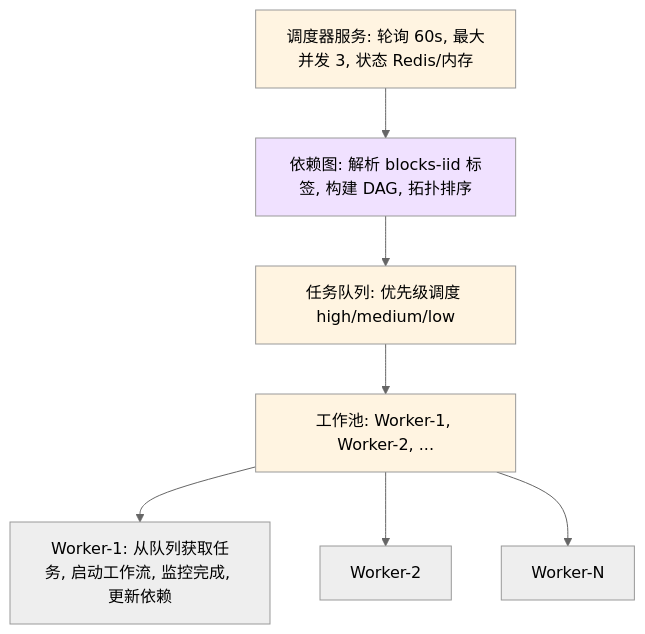
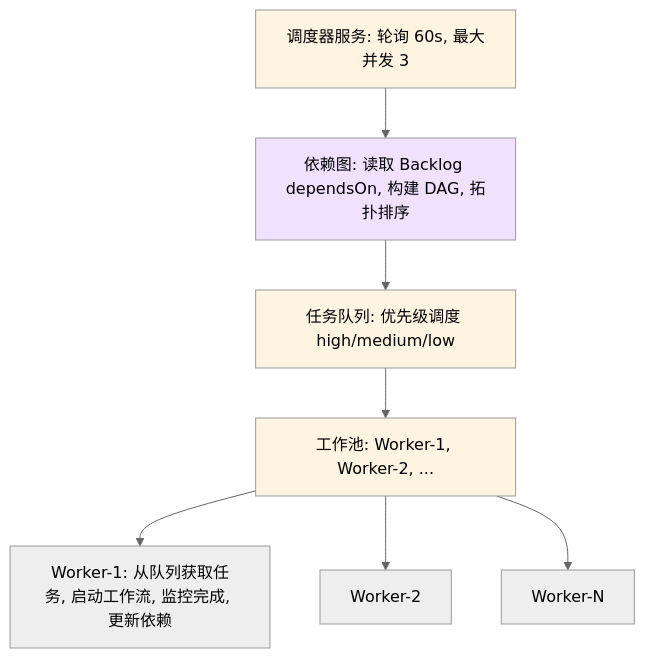
The second of 9 diagrams in docs/WORKFLOWS_zh.md (easyhaloo/afk), drawn with Mermaid (neutral theme) before and after one commit. The commit also changed other lines of this file and 87 other files, not shown here.

````diff
--- a/docs/WORKFLOWS_zh.md
+++ b/docs/WORKFLOWS_zh.md
@@ -89,17 +85,17 @@
 ```mermaid
 graph TD
-    Sched["调度器服务: 轮询 60s, 最大并发 3, 状态 Redis/内存"] --> Dep["依赖图: 解析 blocks-iid 标签, 构建 DAG, 拓扑排序"]
+    Sched["调度器服务: 轮询 60s, 最大并发 3"] --> Dep["依赖图: 读取 Backlog dependsOn, 构建 DAG, 拓扑排序"]
 
     Dep --> Queue["任务队列: 优先级调度 high/medium/low"]
 
     Queue --> Pool["工作池: Worker-1, Worker-2, ..."]
 
     Pool --> W1["Worker-1: 从队列获取任务, 启动工作流, 监控完成, 更新依赖"]
     Pool --> W2[Worker-2]
     Pool --> W3[Worker-N]
 
     classDef config fill:#fff4e1
     classDef data fill:#f0e1ff
     class Sched,Queue,Pool config
     class Dep data
 ```
````
